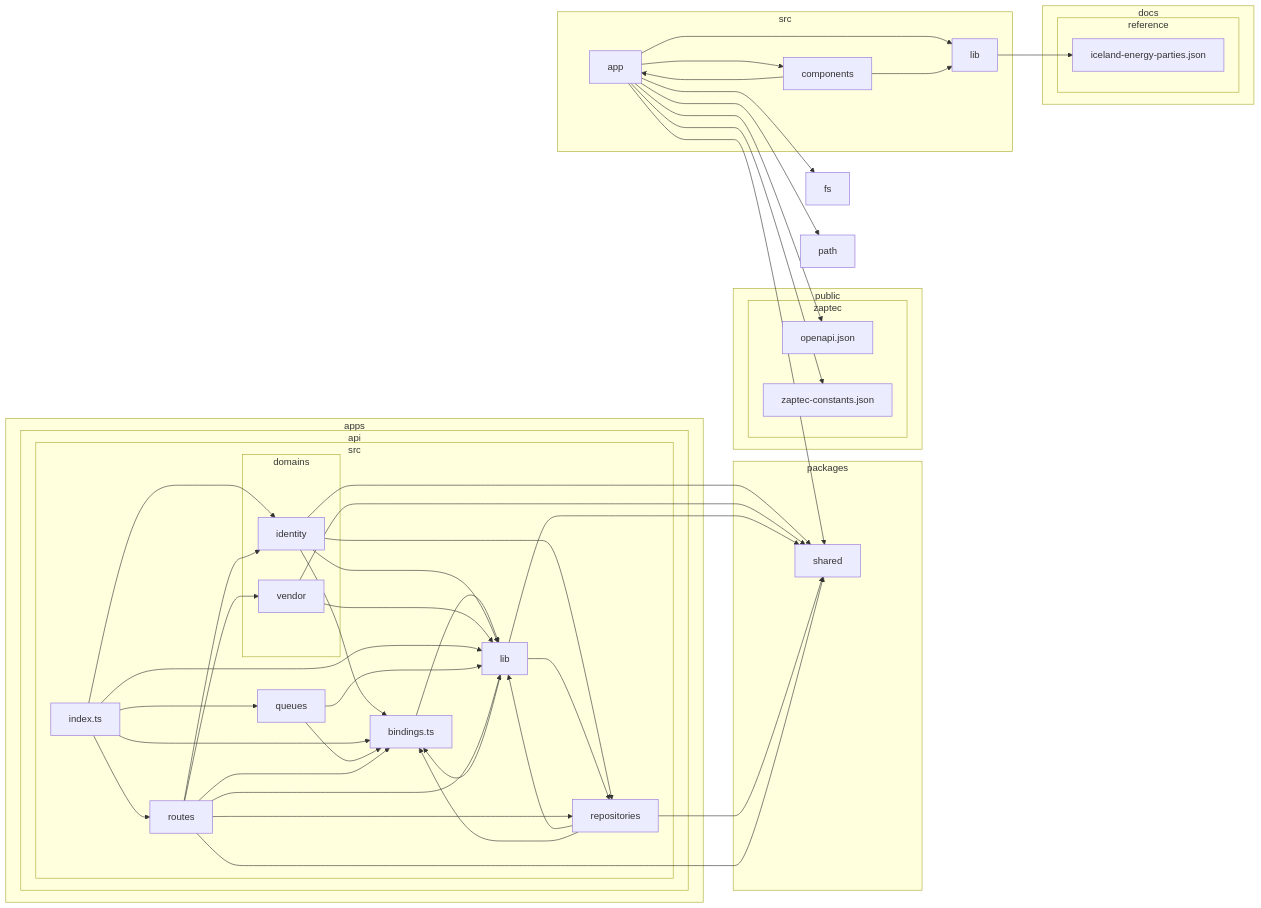
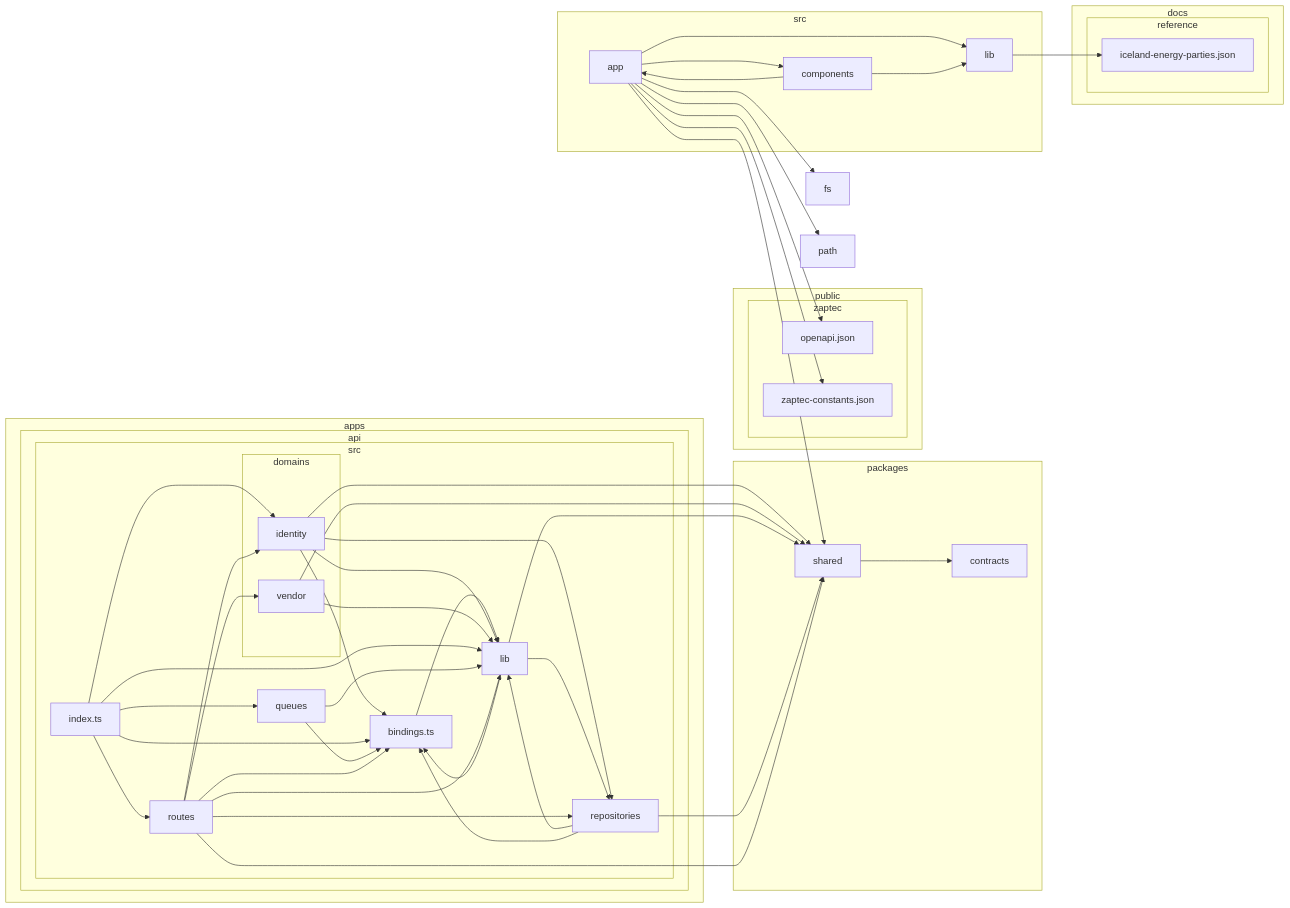
One commit to andri187/Straumvakt changed the diagram in docs/architecture/dependency-graph.md. Above: the diagram before and after it, drawn with Mermaid. The commit also changed 67 other files, not shown here.

````diff
--- a/docs/architecture/dependency-graph.md
+++ b/docs/architecture/dependency-graph.md
@@ -25,77 +25,79 @@
 ```mermaid
 flowchart LR
 
 subgraph 0["apps"]
 subgraph 1["api"]
 subgraph 2["src"]
 3["bindings.ts"]
 subgraph 4["domains"]
 5["identity"]
 6["vendor"]
 end
 7["index.ts"]
 8["lib"]
 9["queues"]
 A["repositories"]
 B["routes"]
 end
 end
 end
 subgraph C["docs"]
 subgraph D["reference"]
 E["iceland-energy-parties.json"]
 end
 end
 F["fs"]
 subgraph G["packages"]
-H["shared"]
+H["contracts"]
+I["shared"]
 end
-I["path"]
-subgraph J["public"]
-subgraph K["zaptec"]
-L["openapi.json"]
-M["zaptec-constants.json"]
+J["path"]
+subgraph K["public"]
+subgraph L["zaptec"]
+M["openapi.json"]
+N["zaptec-constants.json"]
 end
 end
-subgraph N["src"]
-O["app"]
-P["components"]
-Q["lib"]
+subgraph O["src"]
+P["app"]
+Q["components"]
+R["lib"]
 end
 3-->8
 5-->8
-5-->H
+5-->I
 5-->3
 5-->A
 6-->8
-6-->H
+6-->I
 7-->3
 7-->5
 7-->8
 7-->9
 7-->B
 8-->3
-8-->H
+8-->I
 8-->A
 9-->3
 9-->8
 A-->8
-A-->H
+A-->I
 A-->3
 B-->3
 B-->8
 B-->A
-B-->H
+B-->I
 B-->5
 B-->6
-O-->P
-O-->Q
-O-->H
-O-->F
-O-->I
-O-->L
-O-->M
+I-->H
 P-->Q
-P-->O
-Q-->E
+P-->R
+P-->I
+P-->F
+P-->J
+P-->M
+P-->N
+Q-->R
+Q-->P
+R-->E
 ```
````
